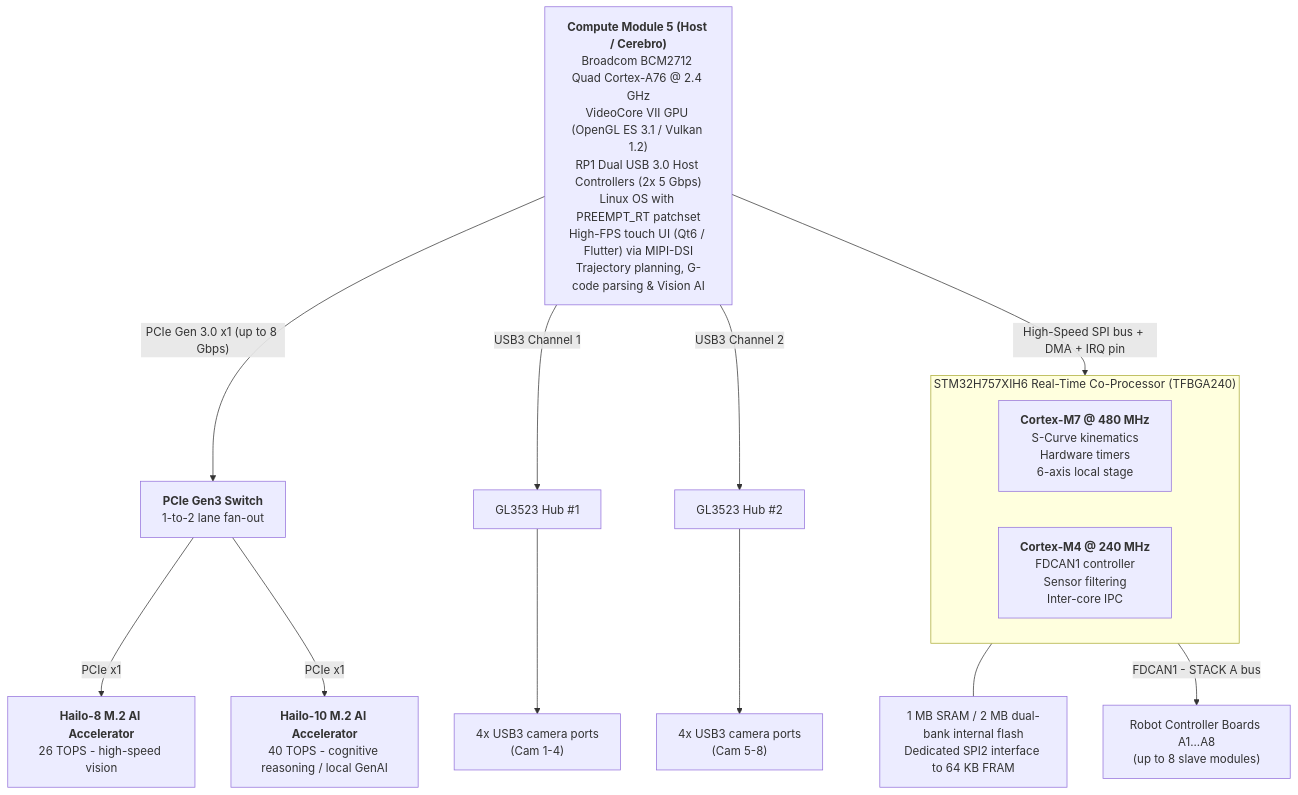
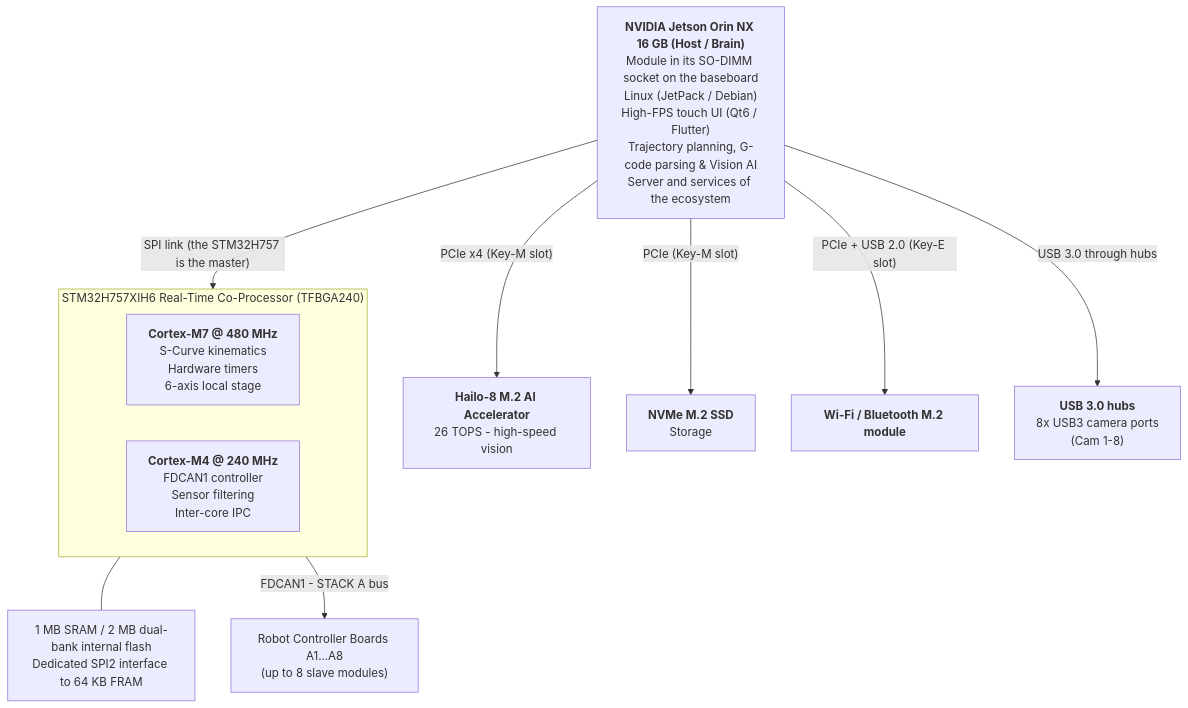
Before and after one commit to JuanenRac/HYDRA-UMC: the first of 3 diagrams in README.md, drawn with Mermaid. The commit also changed other lines of this file and 8 other files, not shown here.

Commit message:
Draw the Jetson baseboard in the README block diagram and feature list

````diff
--- a/README.md
+++ b/README.md
@@ -93,24 +95,21 @@
 ```mermaid
 flowchart TB
-    CM5["<b>Compute Module 5 (Host / Cerebro)</b><br/>Broadcom BCM2712 Quad Cortex-A76 @ 2.4 GHz<br/>VideoCore VII GPU (OpenGL ES 3.1 / Vulkan 1.2)<br/>RP1 Dual USB 3.0 Host Controllers (2x 5 Gbps)<br/>Linux OS with PREEMPT_RT patchset<br/>High-FPS touch UI (Qt6 / Flutter) via MIPI-DSI<br/>Trajectory planning, G-code parsing &amp; Vision AI"]
+    JETSON["<b>NVIDIA Jetson Orin NX 16 GB (Host / Brain)</b><br/>Module in its SO-DIMM socket on the baseboard<br/>Linux (JetPack / Debian)<br/>High-FPS touch UI (Qt6 / Flutter)<br/>Trajectory planning, G-code parsing &amp; Vision AI<br/>Server and services of the ecosystem"]
 
-    CM5 -- "PCIe Gen 3.0 x1 (up to 8 Gbps)" --> PCIESW["<b>PCIe Gen3 Switch</b><br/>1-to-2 lane fan-out"]
-    PCIESW -- "PCIe x1" --> HAILO8["<b>Hailo-8 M.2 AI Accelerator</b><br/>26 TOPS - high-speed vision"]
-    PCIESW -- "PCIe x1" --> HAILO10["<b>Hailo-10 M.2 AI Accelerator</b><br/>40 TOPS - cognitive reasoning / local GenAI"]
-    CM5 -- "USB3 Channel 1" --> HUB1["GL3523 Hub #1"]
-    CM5 -- "USB3 Channel 2" --> HUB2["GL3523 Hub #2"]
-    HUB1 --> CAM14["4x USB3 camera ports<br/>(Cam 1-4)"]
-    HUB2 --> CAM58["4x USB3 camera ports<br/>(Cam 5-8)"]
+    JETSON -- "PCIe x4 (Key-M slot)" --> HAILO8["<b>Hailo-8 M.2 AI Accelerator</b><br/>26 TOPS - high-speed vision"]
+    JETSON -- "PCIe (Key-M slot)" --> NVME["<b>NVMe M.2 SSD</b><br/>Storage"]
+    JETSON -- "PCIe + USB 2.0 (Key-E slot)" --> WIFI["<b>Wi-Fi / Bluetooth M.2 module</b>"]
+    JETSON -- "USB 3.0 through hubs" --> HUBS["<b>USB 3.0 hubs</b><br/>8x USB3 camera ports<br/>(Cam 1-8)"]
 
-    CM5 -- "High-Speed SPI bus + DMA + IRQ pin" --> MCU
+    JETSON -- "SPI link (the STM32H757 is the master)" --> MCU
 
     subgraph MCU["STM32H757XIH6 Real-Time Co-Processor (TFBGA240)"]
         direction LR
         CM7["<b>Cortex-M7 @ 480 MHz</b><br/>S-Curve kinematics<br/>Hardware timers<br/>6-axis local stage"]
         CM4["<b>Cortex-M4 @ 240 MHz</b><br/>FDCAN1 controller<br/>Sensor filtering<br/>Inter-core IPC"]
     end
     MEM["1 MB SRAM / 2 MB dual-bank internal flash<br/>Dedicated SPI2 interface to 64 KB FRAM"]
     MCU --- MEM
 
     MCU -- "FDCAN1 - STACK A bus" --> ROBOTS["Robot Controller Boards A1...A8<br/>(up to 8 slave modules)"]
 ```
````
